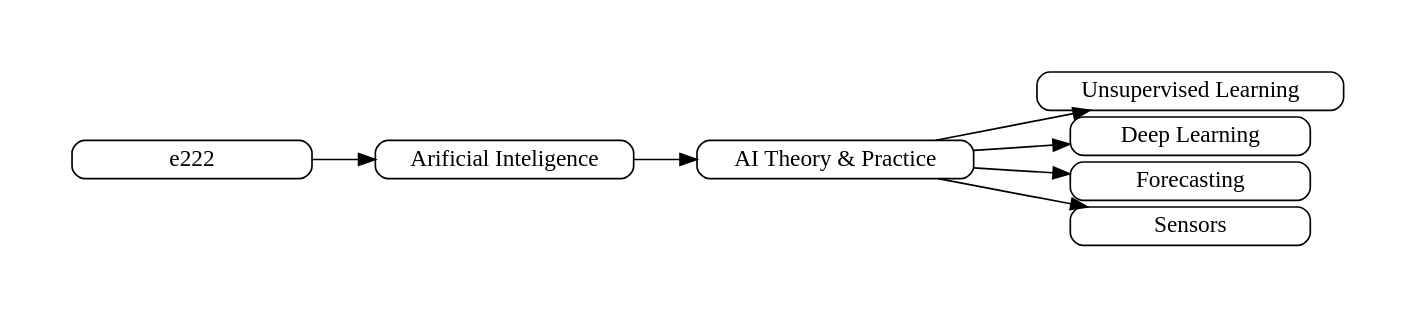
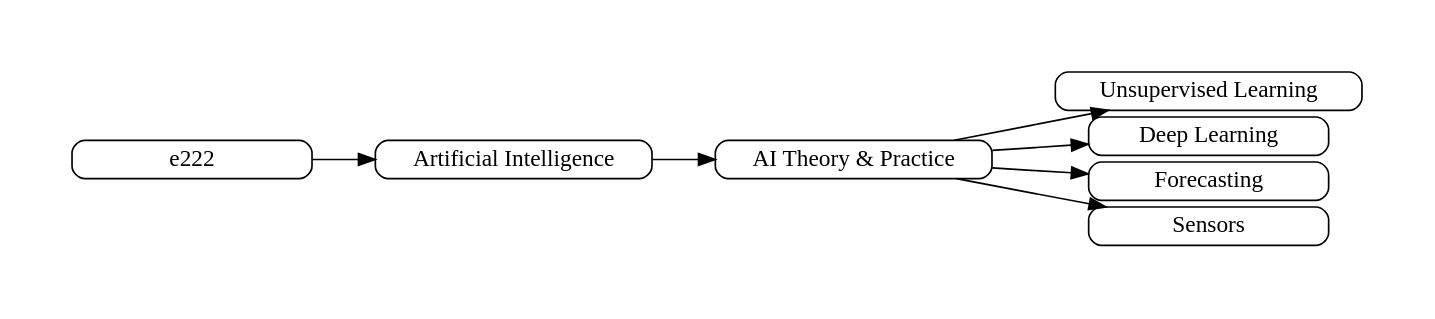
One commit to cloudmesh-community/book changed the diagram in chapters/class/graph-e222.dot. Above: the diagram before and after it, drawn with Graphviz. The commit also changed 17 other files, not shown here.

```diff
--- a/chapters/class/graph-e222.dot
+++ b/chapters/class/graph-e222.dot
@@ -1,15 +1,15 @@
 digraph G {
 ratio="fill";
  margin=0;
 rankdir=LR;
  graph [pad="0.5", ranksep="0.525", nodesep="0.05"];
 splines=line;
 node [shape=box, style=rounded, shadow_offset=7, shadow_blur=5,width=2,height=0.05];
 
-e222 -> "Arificial Inteligence";
-        "Arificial Inteligence" -> "AI Theory & Practice";
+e222 -> "Artificial Intelligence";
+        "Artificial Intelligence" -> "AI Theory & Practice";
                                    "AI Theory & Practice" -> "Unsupervised Learning";
                                    "AI Theory & Practice" -> "Deep Learning";
                                    "AI Theory & Practice" -> "Forecasting";
                                    "AI Theory & Practice" -> "Sensors";
 }
```
